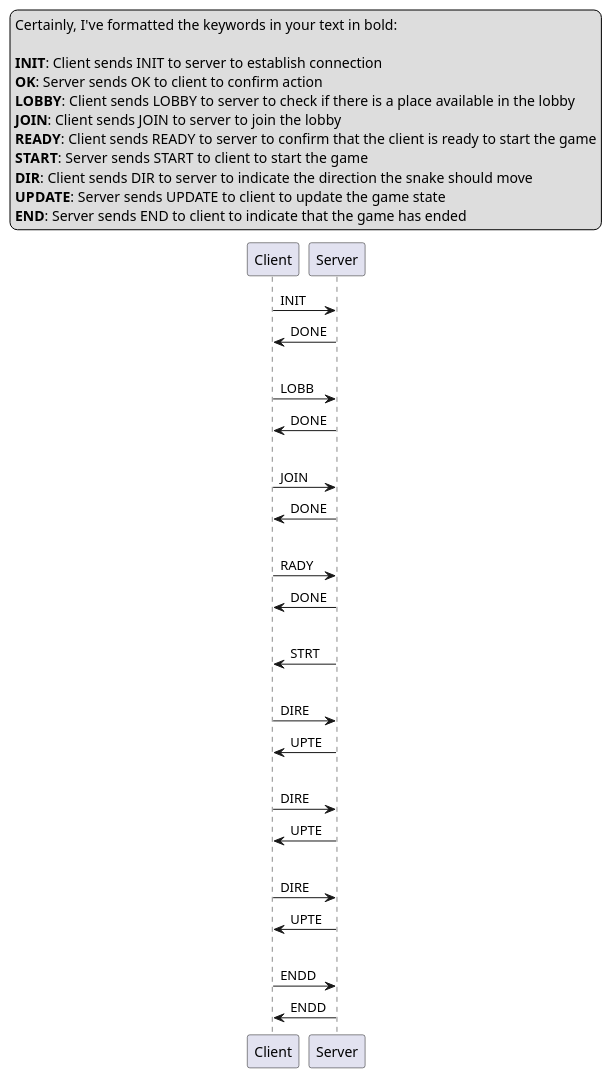
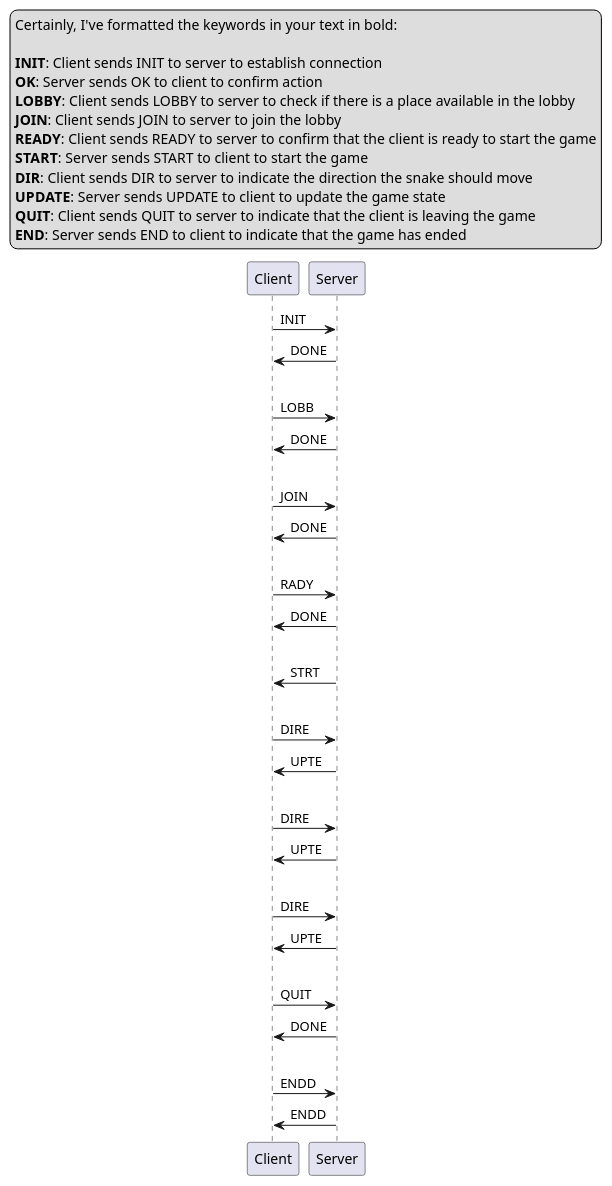
The diagram in docs/ProtocolDiagram.puml (Theodrosrun/loop-of-legends), drawn with PlantUML before and after one commit. The commit also changed 3 other files, not shown here.

```diff
--- a/docs/ProtocolDiagram.puml
+++ b/docs/ProtocolDiagram.puml
@@ -2,42 +2,46 @@
 @startuml Loop of Legends: The Multi-Snake Challenge
 
 legend top
 Certainly, I've formatted the keywords in your text in bold:
 
 **INIT**: Client sends INIT to server to establish connection
 **OK**: Server sends OK to client to confirm action
 **LOBBY**: Client sends LOBBY to server to check if there is a place available in the lobby
 **JOIN**: Client sends JOIN to server to join the lobby
 **READY**: Client sends READY to server to confirm that the client is ready to start the game
 **START**: Server sends START to client to start the game
 **DIR**: Client sends DIR to server to indicate the direction the snake should move
 **UPDATE**: Server sends UPDATE to client to update the game state
+**QUIT**: Client sends QUIT to server to indicate that the client is leaving the game
 **END**: Server sends END to client to indicate that the game has ended
 endlegend
 
 Client -> Server :INIT
 Server -> Client :DONE
 |||
 Client -> Server :LOBB
 Server -> Client :DONE
 |||
 Client -> Server :JOIN
 Server -> Client :DONE
 |||
 Client -> Server :RADY
 Server -> Client :DONE
 |||
 Server -> Client :STRT
 |||
 Client -> Server :DIRE
 Server -> Client :UPTE
 |||
 Client -> Server :DIRE
 Server -> Client :UPTE
 |||
 Client -> Server :DIRE
 Server -> Client :UPTE
 |||
+Client -> Server :QUIT
+Server -> Client :DONE
+|||
 Client -> Server :ENDD
 Server -> Client :ENDD
 @enduml
```
